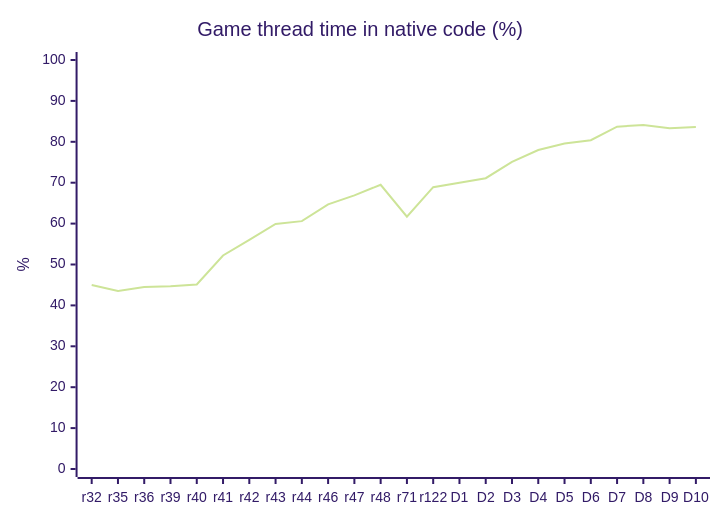
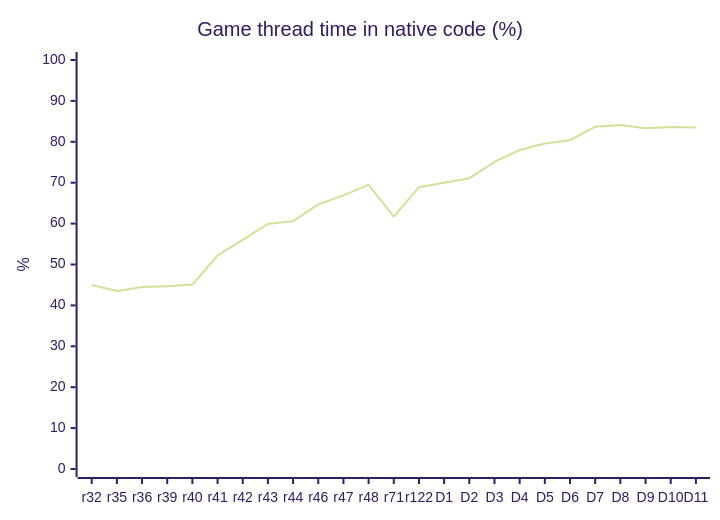
The diagram in README.md (HenryKun55/celosia), drawn with Mermaid (forest theme) before and after one commit. The commit also changed other lines of this file and 5 other files, not shown here.

````diff
--- a/README.md
+++ b/README.md
@@ -277,7 +278,7 @@
 ```mermaid
 xychart-beta
     title "Game thread time in native code (%)"
-    x-axis ["r32", "r35", "r36", "r39", "r40", "r41", "r42", "r43", "r44", "r46", "r47", "r48", "r71", "r122", "D1", "D2", "D3", "D4", "D5", "D6", "D7", "D8", "D9", "D10"]
+    x-axis ["r32", "r35", "r36", "r39", "r40", "r41", "r42", "r43", "r44", "r46", "r47", "r48", "r71", "r122", "D1", "D2", "D3", "D4", "D5", "D6", "D7", "D8", "D9", "D10", "D11"]
     y-axis "%" 0 --> 100
-    line [45.0, 43.5, 44.5, 44.7, 45.1, 52.2, 56.0, 59.9, 60.6, 64.7, 66.9, 69.5, 61.7, 68.9, 70.0, 71.1, 75.1, 78.0, 79.6, 80.4, 83.7, 84.1, 83.3, 83.6]
+    line [45.0, 43.5, 44.5, 44.7, 45.1, 52.2, 56.0, 59.9, 60.6, 64.7, 66.9, 69.5, 61.7, 68.9, 70.0, 71.1, 75.1, 78.0, 79.6, 80.4, 83.7, 84.1, 83.3, 83.6, 83.5]
 ```
````
